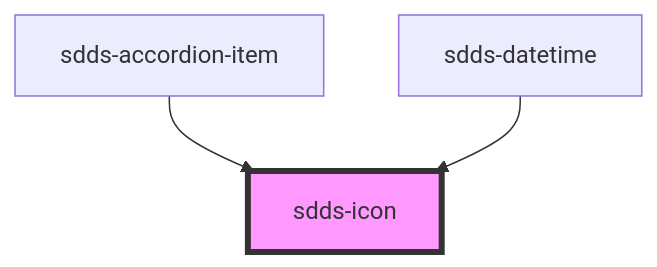
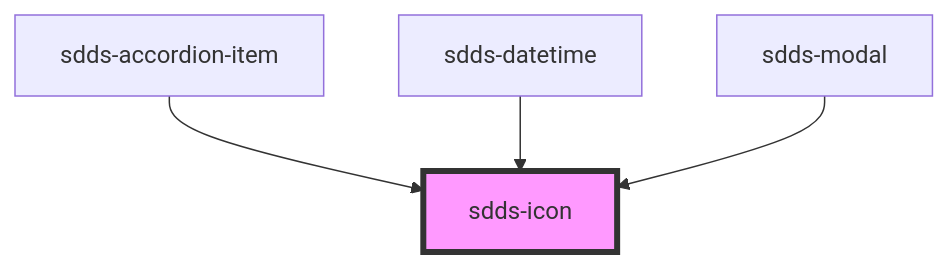
The diagram in tegel/src/components/icon/readme.md (scania-digital-design-system/sdds), drawn with Mermaid before and after one commit. The commit also changed other lines of this file and 19 other files, not shown here.

````diff
--- a/tegel/src/components/icon/readme.md
+++ b/tegel/src/components/icon/readme.md
@@ -22,6 +23,7 @@
 ```mermaid
 graph TD;
   sdds-accordion-item --> sdds-icon
   sdds-datetime --> sdds-icon
+  sdds-modal --> sdds-icon
   style sdds-icon fill:#f9f,stroke:#333,stroke-width:4px
 ```
````
